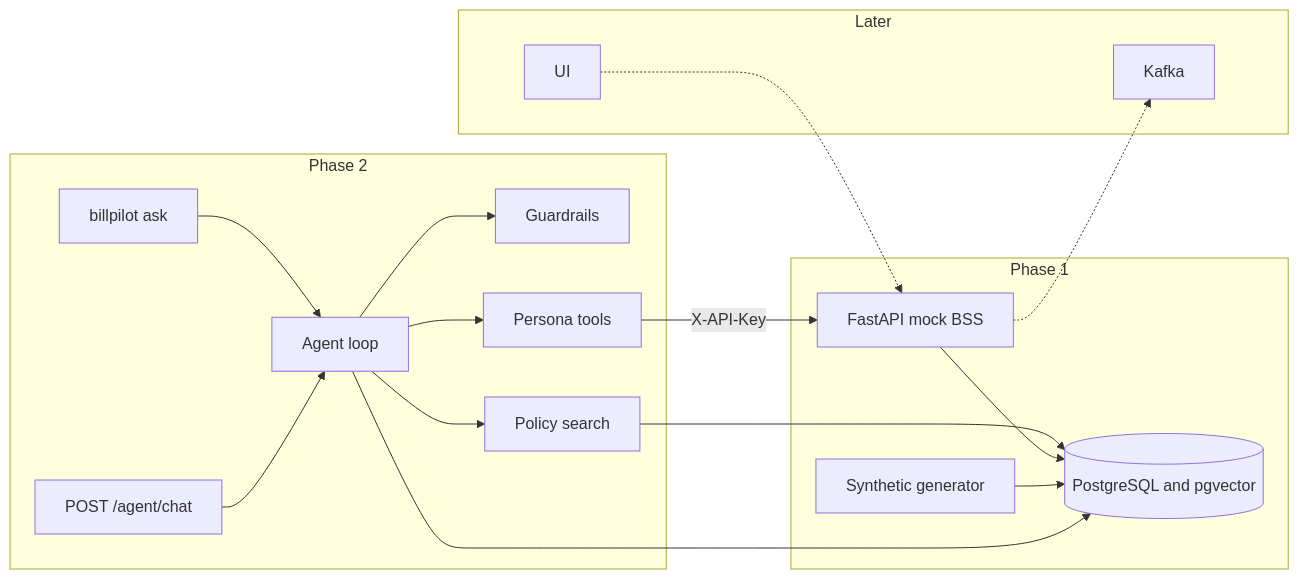
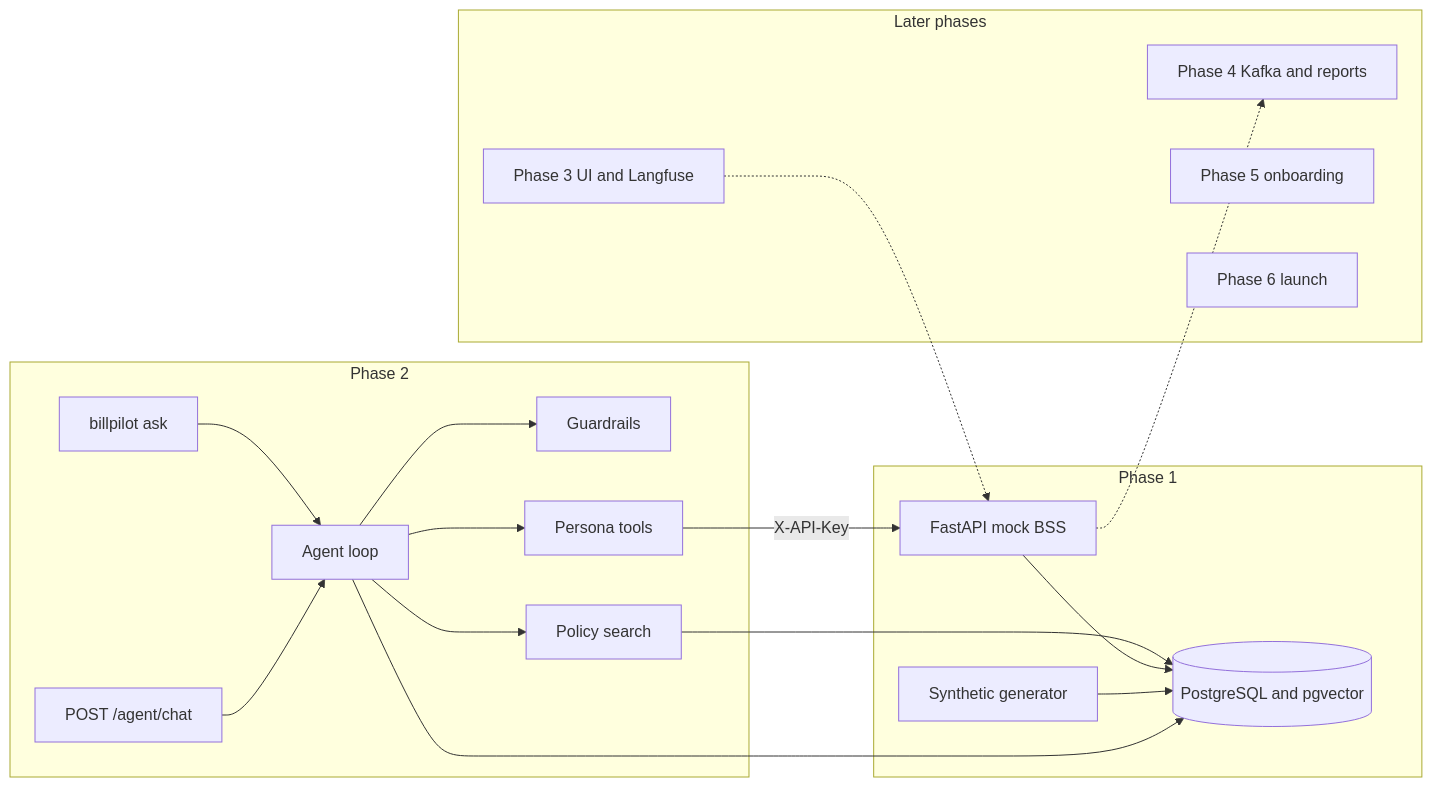
Before and after one commit to ajay206/billpilot: the diagram in README.md, drawn with Mermaid. The commit also changed other lines of this file and 20 other files, not shown here.

First line of the commit message:
Close Phase 2 gaps against the architecture deck

````diff
--- a/README.md
+++ b/README.md
@@ -15,32 +15,34 @@
 ```mermaid
 flowchart LR
   subgraph phase2 [Phase 2]
     CLI[billpilot ask]
     Chat[POST /agent/chat]
     Loop[Agent loop]
     Guard[Guardrails]
     Tools[Persona tools]
     RAG[Policy search]
   end
   subgraph phase1 [Phase 1]
     API[FastAPI mock BSS]
     DB[(PostgreSQL and pgvector)]
     Gen[Synthetic generator]
   end
-  subgraph later [Later]
-    UI[UI]
-    Broker[Kafka]
+  subgraph later [Later phases]
+    UI["Phase 3 UI and Langfuse"]
+    Broker["Phase 4 Kafka and reports"]
+    Onboard[Phase 5 onboarding]
+    Launch[Phase 6 launch]
   end
   CLI --> Loop
   Chat --> Loop
   Loop --> Guard
   Loop --> Tools
   Loop --> RAG
   Tools -->|X-API-Key| API
   RAG --> DB
   API --> DB
   Gen --> DB
   Loop --> DB
   UI -.-> API
   API -.-> Broker
 ```
````
